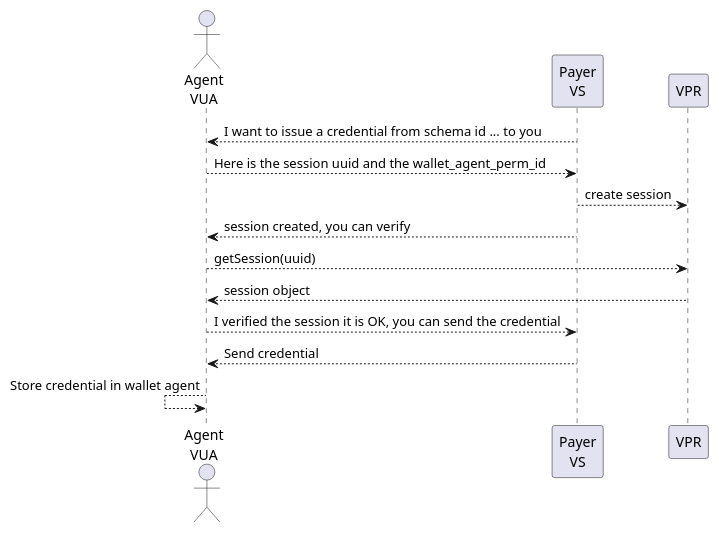
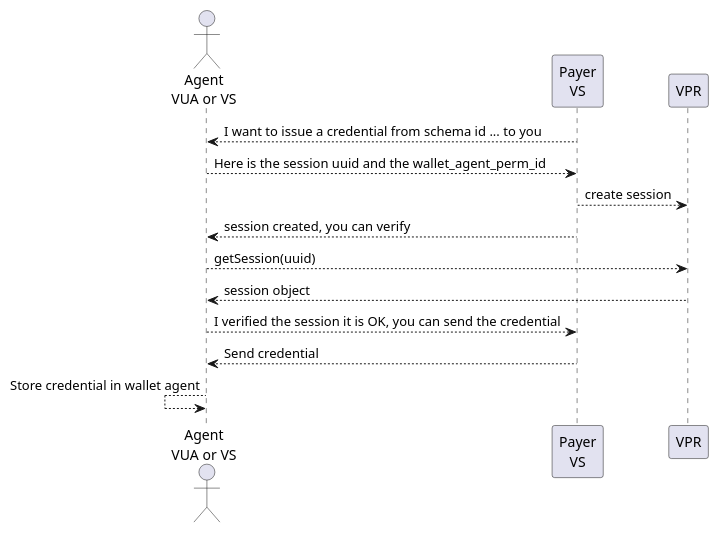
Before and after one commit to verana-labs/verifiable-trust-vpr-spec: diagram 15 of 20 in spec.md, drawn with PlantUML. The commit also changed other lines of this file, not shown here.

````diff
--- a/spec.md
+++ b/spec.md
@@ -3582,18 +3586,18 @@
 ```plantuml
 scale max 800 width
-actor "Agent\nVUA" as Issued 
+actor "Agent\nVUA or VS" as Issued 
 participant "Payer\nVS" as Issuer 
 participant "VPR" as vpr 
 
 
 Issued <-- Issuer: I want to issue a credential from schema id ... to you
 Issued --> Issuer: Here is the session uuid and the wallet_agent_perm_id
 Issuer --> vpr: create session
 Issued <-- Issuer: session created, you can verify
 Issued --> vpr: getSession(uuid)
 Issued <-- vpr: session object
 Issued --> Issuer: I verified the session it is OK, you can send the credential
 Issued <-- Issuer: Send credential
 Issued <-- Issued: Store credential in wallet agent
 
 ```
````
